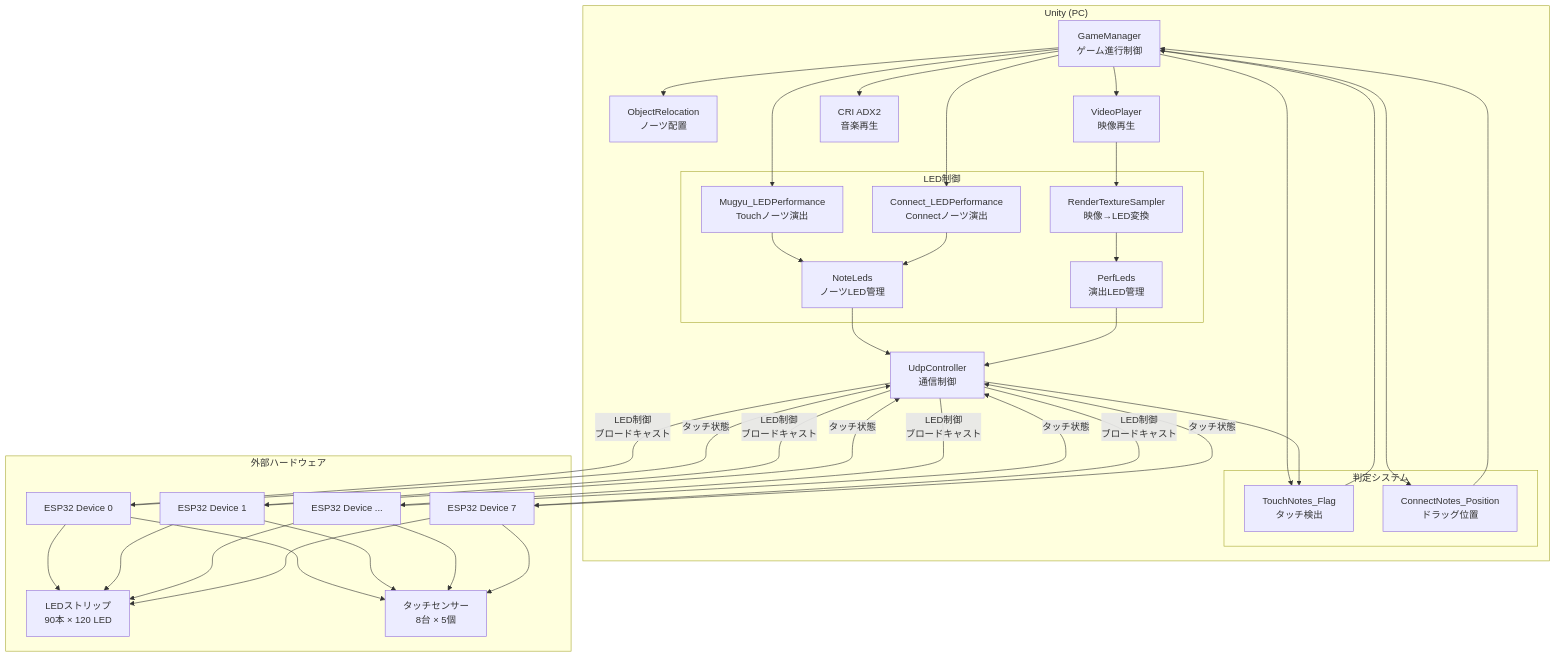
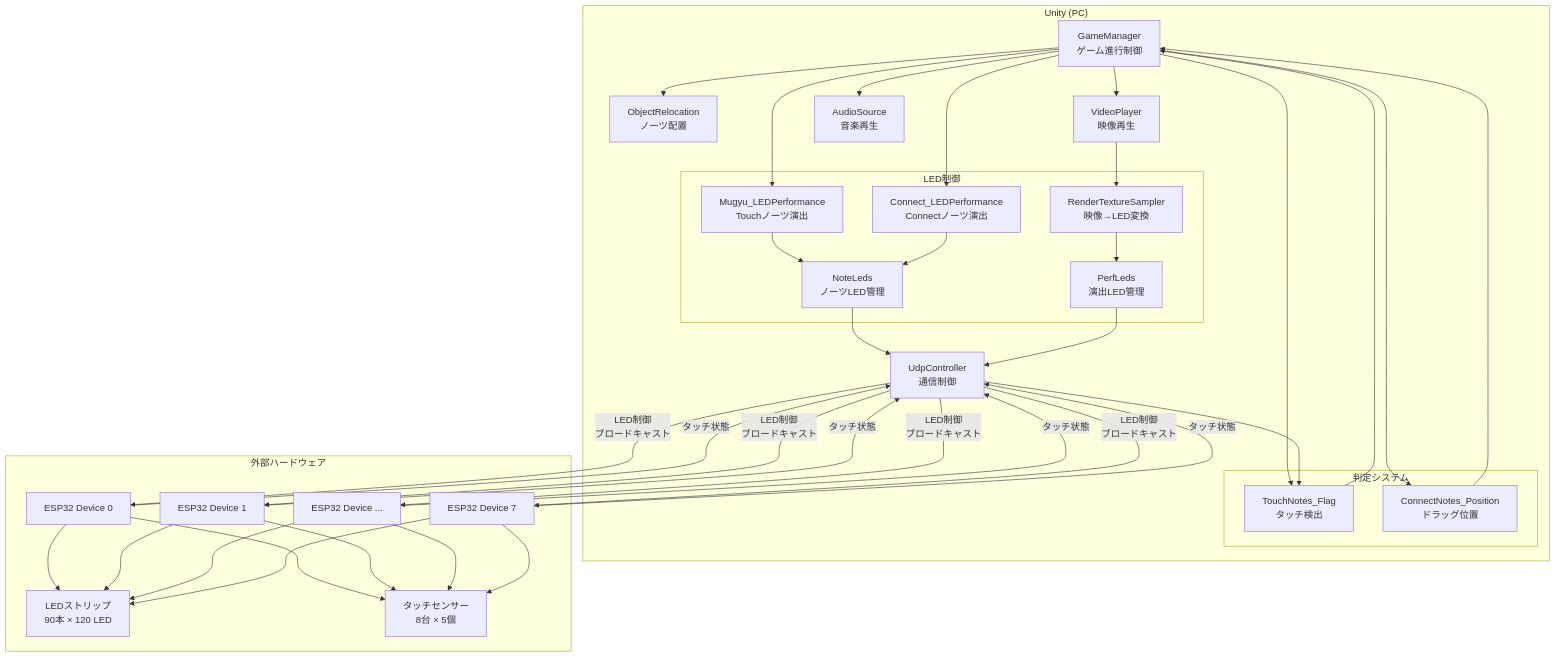
One commit to arte-studio/3d-rhythm-unity changed the first of 7 diagrams in docs/SPECIFICATION.md. Above: the diagram before and after it, drawn with Mermaid. The commit also changed other lines of this file and 20 other files, not shown here.

````diff
--- a/docs/SPECIFICATION.md
+++ b/docs/SPECIFICATION.md
@@ -70,76 +69,76 @@
 ```mermaid
 graph TB
     subgraph "Unity (PC)"
         GM[GameManager<br/>ゲーム進行制御]
         OR[ObjectRelocation<br/>ノーツ配置]
         
         subgraph "判定システム"
             TNF[TouchNotes_Flag<br/>タッチ検出]
             CNP[ConnectNotes_Position<br/>ドラッグ位置]
         end
         
         subgraph "LED制御"
             MLP[Mugyu_LEDPerformance<br/>Touchノーツ演出]
             CLP[Connect_LEDPerformance<br/>Connectノーツ演出]
             NL[NoteLeds<br/>ノーツLED管理]
             PL[PerfLeds<br/>演出LED管理]
             RTS[RenderTextureSampler<br/>映像→LED変換]
         end
         
         UDP[UdpController<br/>通信制御]
         VP[VideoPlayer<br/>映像再生]
-        AUDIO[CRI ADX2<br/>音楽再生]
+        AUDIO[AudioSource<br/>音楽再生]
     end
     
     subgraph "外部ハードウェア"
         ESP1[ESP32 Device 0]
         ESP2[ESP32 Device 1]
         ESP3[ESP32 Device ...]
         ESP8[ESP32 Device 7]
         
         LED_STRIP[LEDストリップ<br/>90本 × 120 LED]
         TOUCH[タッチセンサー<br/>8台 × 5個]
     end
     
     GM --> OR
     GM --> TNF
     GM --> CNP
     GM --> AUDIO
     GM --> VP
     
     TNF --> GM
     CNP --> GM
     
     GM --> MLP
     GM --> CLP
     MLP --> NL
     CLP --> NL
     
     VP --> RTS
     RTS --> PL
     
     NL --> UDP
     PL --> UDP
     
     UDP -->|LED制御<br/>ブロードキャスト| ESP1
     UDP -->|LED制御<br/>ブロードキャスト| ESP2
     UDP -->|LED制御<br/>ブロードキャスト| ESP3
     UDP -->|LED制御<br/>ブロードキャスト| ESP8
     
     ESP1 -->|タッチ状態| UDP
     ESP2 -->|タッチ状態| UDP
     ESP3 -->|タッチ状態| UDP
     ESP8 -->|タッチ状態| UDP
     
     ESP1 --> LED_STRIP
     ESP2 --> LED_STRIP
     ESP3 --> LED_STRIP
     ESP8 --> LED_STRIP
     
     ESP1 --> TOUCH
     ESP2 --> TOUCH
     ESP3 --> TOUCH
     ESP8 --> TOUCH
     
     UDP --> TNF
 ```
````
